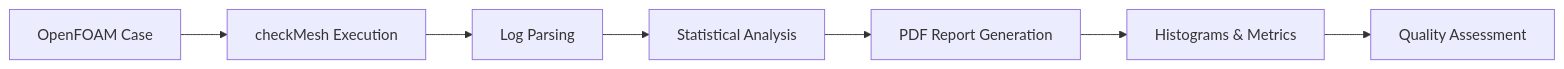
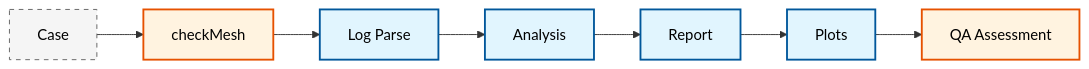
The first of 2 diagrams in MODULE_07_UTILITIES_AUTOMATION/CONTENT/02_MESH_PREPARATION/04_Mesh_Quality_and_Optimization.md (wramet/build-my-cfd), drawn with Mermaid before and after one commit. The commit also changed other lines of this file and 313 other files, not shown here.

Commit message:
Revise all diagram

````diff
--- a/MODULE_07_UTILITIES_AUTOMATION/CONTENT/02_MESH_PREPARATION/04_Mesh_Quality_and_Optimization.md
+++ b/MODULE_07_UTILITIES_AUTOMATION/CONTENT/02_MESH_PREPARATION/04_Mesh_Quality_and_Optimization.md
@@ -109,9 +109,12 @@
 ```mermaid
-graph LR
-    A[OpenFOAM Case] --> B[checkMesh Execution]
-    B --> C[Log Parsing]
-    C --> D[Statistical Analysis]
-    D --> E[PDF Report Generation]
-    E --> F[Histograms & Metrics]
-    F --> G[Quality Assessment]
+flowchart LR
+classDef implicit fill:#e1f5fe,stroke:#01579b,stroke-width:2px,color:#000
+classDef explicit fill:#fff3e0,stroke:#e65100,stroke-width:2px,color:#000
+classDef context fill:#f5f5f5,stroke:#616161,stroke-width:1px,color:#000,stroke-dasharray: 5 5
+A[Case]:::context --> B[checkMesh]:::explicit
+B --> C[Log Parse]:::implicit
+C --> D[Analysis]:::implicit
+D --> E[Report]:::implicit
+E --> F[Plots]:::implicit
+F --> G[QA Assessment]:::explicit
 ```
````
